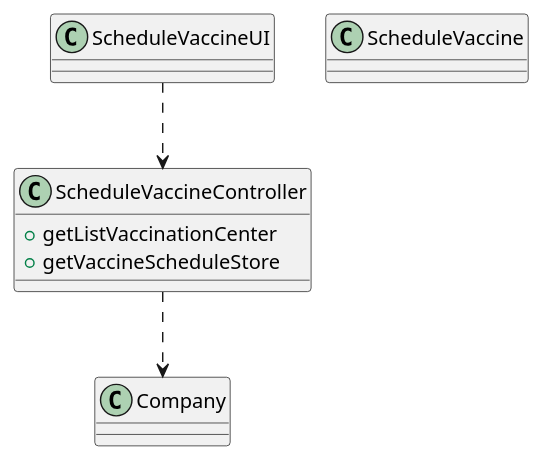
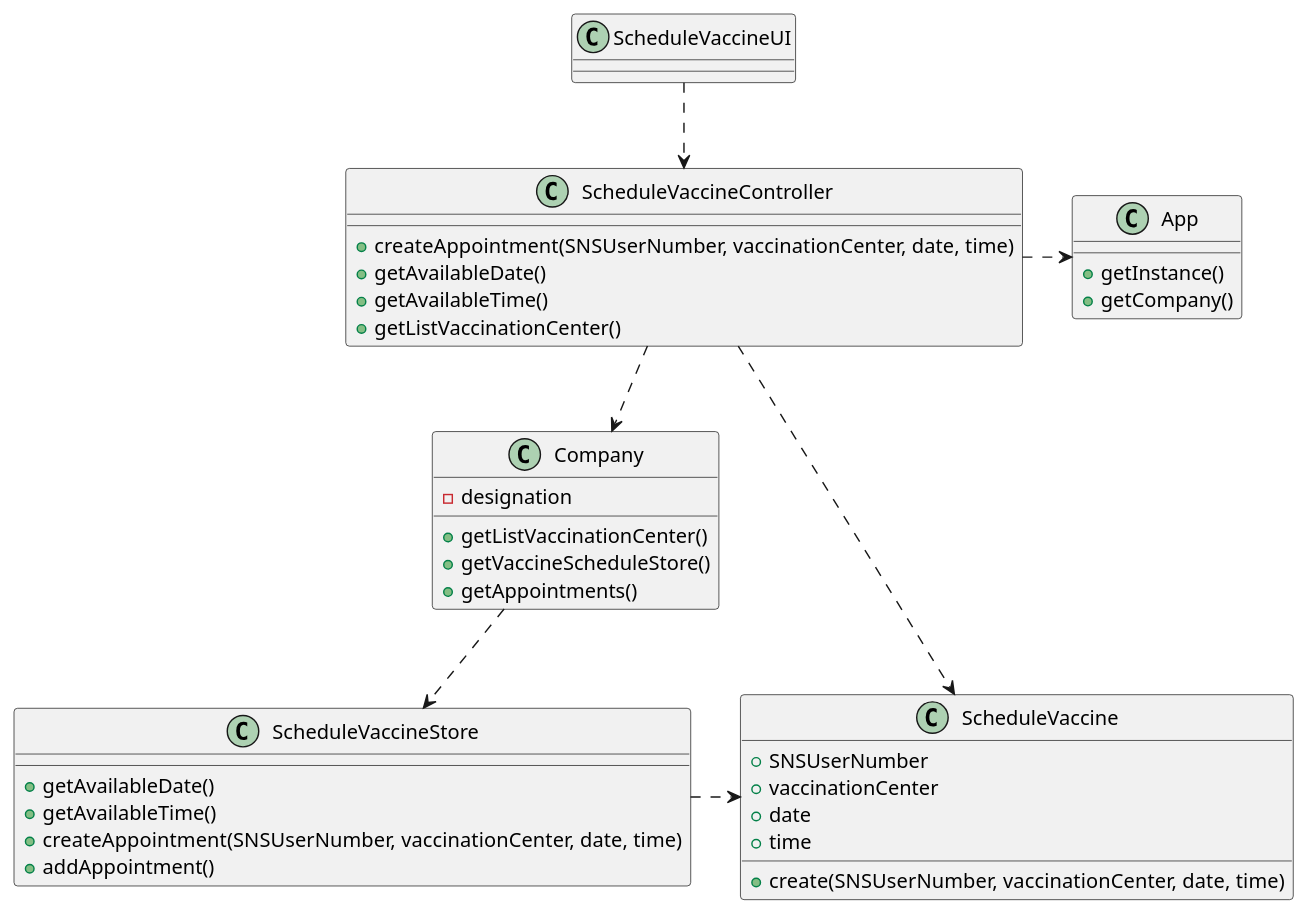
Before and after one commit to diogonapoles/isep-lapr2: the diagram in docs/SprintC/US1/US1_CD.puml, drawn with PlantUML. The commit also changed 1 other file, not shown here.

```diff
--- a/docs/SprintC/US1/US1_CD.puml
+++ b/docs/SprintC/US1/US1_CD.puml
@@ -1,23 +1,49 @@
 @startuml
 'https://plantuml.com/sequence-diagram
 
 class ScheduleVaccineController{
-+getListVaccinationCenter
-+getVaccineScheduleStore
++createAppointment(SNSUserNumber, vaccinationCenter, date, time)
++getAvailableDate()
++getAvailableTime()
++getListVaccinationCenter()
 }
 
 class ScheduleVaccineUI{
 }
 
 class ScheduleVaccine{
++SNSUserNumber
++ vaccinationCenter
++date
++time
++create(SNSUserNumber, vaccinationCenter, date, time)
 
 }
 
 class Company{
+-designation
++getListVaccinationCenter()
++getVaccineScheduleStore()
++getAppointments()
 
+}
+
+class ScheduleVaccineStore{
++getAvailableDate()
++getAvailableTime()
++createAppointment(SNSUserNumber, vaccinationCenter, date, time)
++addAppointment()
+}
+
+class App{
++getInstance()
++getCompany()
 }
 
 ScheduleVaccineUI .down.> ScheduleVaccineController
 ScheduleVaccineController .down.> Company
-
+ScheduleVaccineController .> ScheduleVaccine
+ScheduleVaccineController .>App
+Company .down.> ScheduleVaccineStore
+ScheduleVaccineStore .> ScheduleVaccine
 @enduml
```
